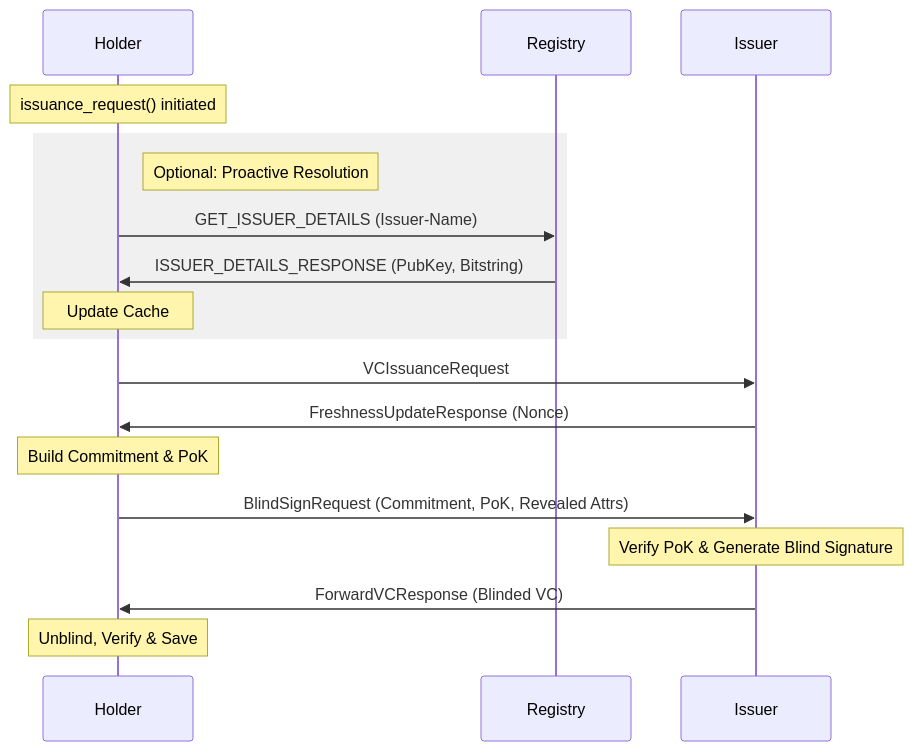
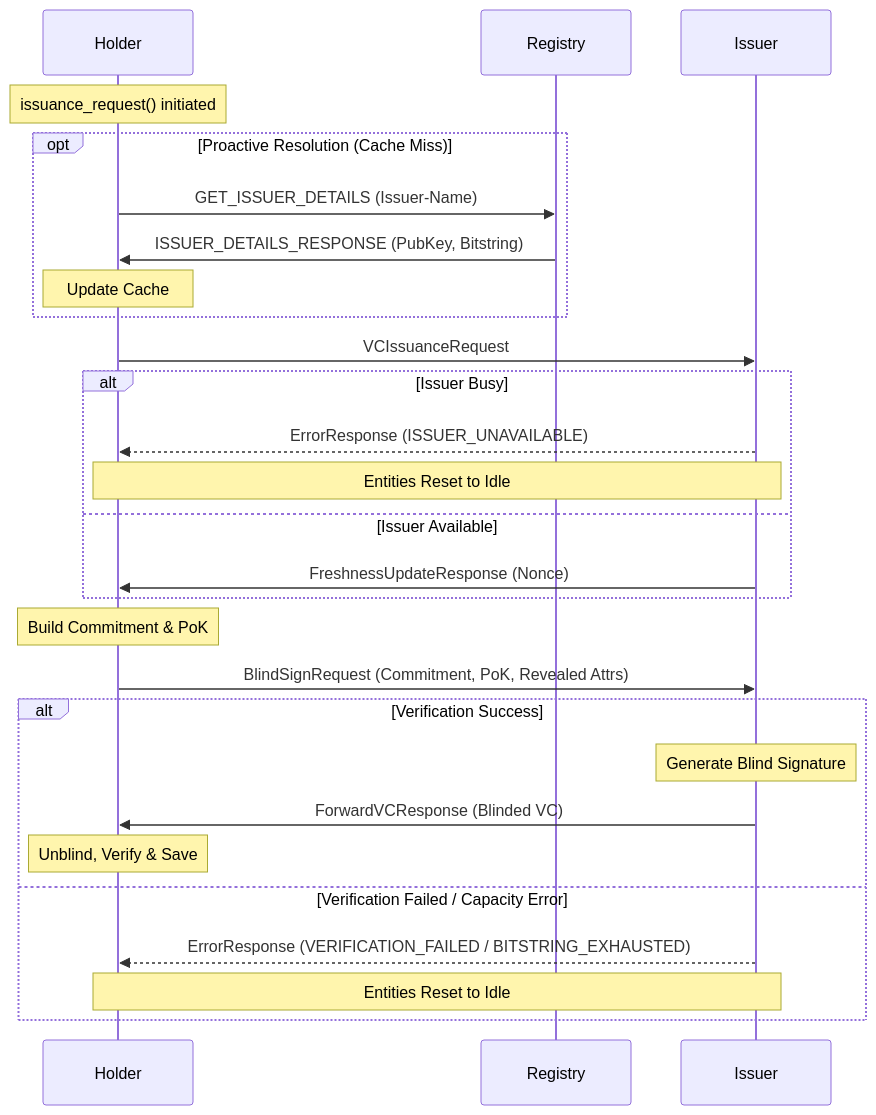
Before and after one commit to ilya-smut/BBS-ISS-Prototype-DMU: the first of 3 diagrams in PROTOCOL_FLOWS.md, drawn with Mermaid. The commit also changed other lines of this file, not shown here.

Commit message:
update protocol flows docs

````diff
--- a/PROTOCOL_FLOWS.md
+++ b/PROTOCOL_FLOWS.md
@@ -23,23 +23,34 @@
 ```mermaid
 sequenceDiagram
     participant H as Holder
     participant R as Registry
     participant I as Issuer
 
     Note over H: issuance_request() initiated
     
-    rect rgb(240, 240, 240)
-    Note right of H: Optional: Proactive Resolution
-    H->>R: GET_ISSUER_DETAILS (Issuer-Name)
-    R->>H: ISSUER_DETAILS_RESPONSE (PubKey, Bitstring)
-    Note over H: Update Cache
+    opt Proactive Resolution (Cache Miss)
+        H->>R: GET_ISSUER_DETAILS (Issuer-Name)
+        R->>H: ISSUER_DETAILS_RESPONSE (PubKey, Bitstring)
+        Note over H: Update Cache
     end
 
     H->>I: VCIssuanceRequest
-    I->>H: FreshnessUpdateResponse (Nonce)
+    alt Issuer Busy
+        I-->>H: ErrorResponse (ISSUER_UNAVAILABLE)
+        Note over I,H: Entities Reset to Idle
+    else Issuer Available
+        I->>H: FreshnessUpdateResponse (Nonce)
+    end
+
     Note over H: Build Commitment & PoK
     H->>I: BlindSignRequest (Commitment, PoK, Revealed Attrs)
-    Note over I: Verify PoK & Generate Blind Signature
-    I->>H: ForwardVCResponse (Blinded VC)
-    Note over H: Unblind, Verify & Save
+    
+    alt Verification Success
+        Note over I: Generate Blind Signature
+        I->>H: ForwardVCResponse (Blinded VC)
+        Note over H: Unblind, Verify & Save
+    else Verification Failed / Capacity Error
+        I-->>H: ErrorResponse (VERIFICATION_FAILED / BITSTRING_EXHAUSTED)
+        Note over I,H: Entities Reset to Idle
+    end
 ```
````
